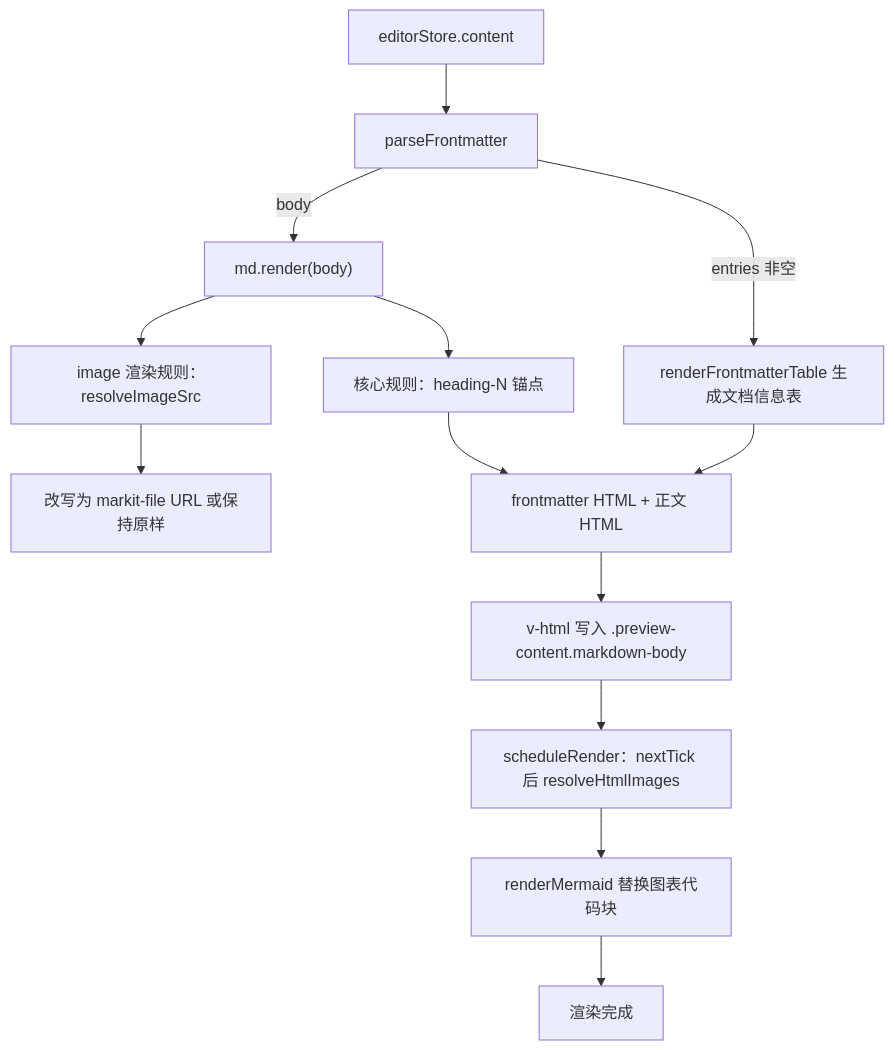
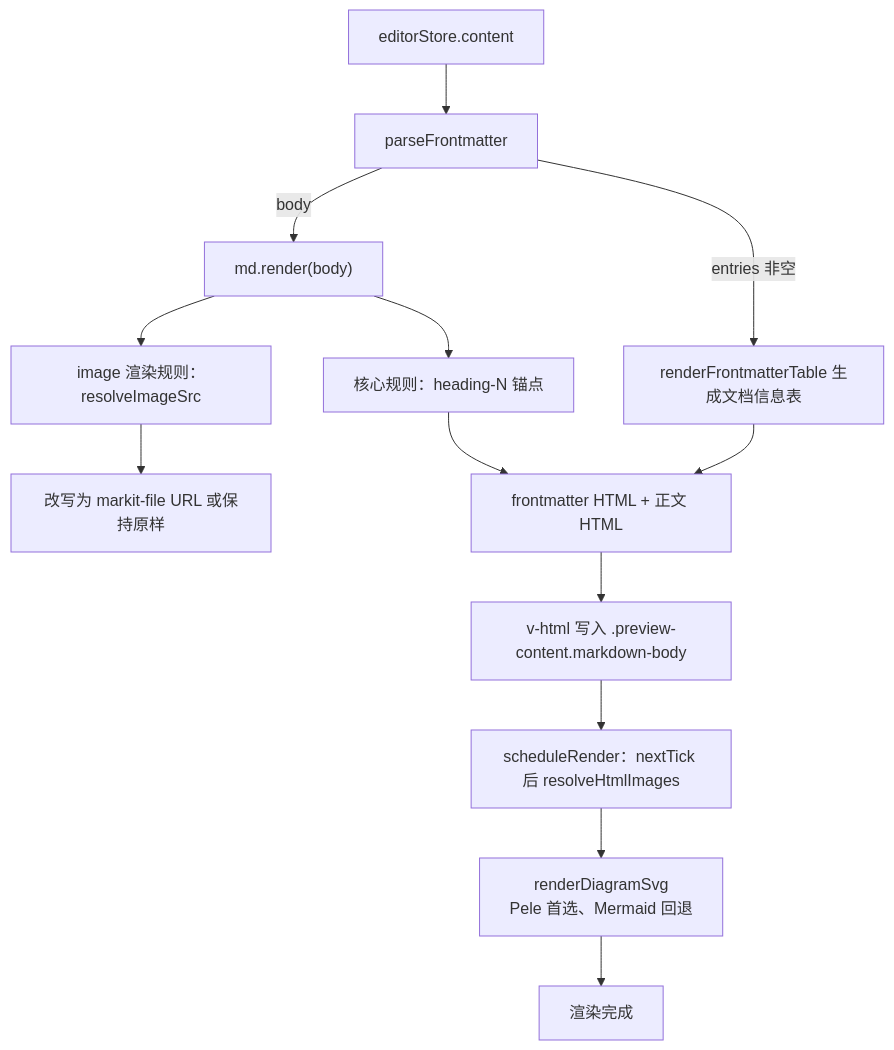
One commit to Harley-xk/mark-it changed the fourth of 5 diagrams in docs/编辑器与预览.md. Above: the diagram before and after it, drawn with Mermaid. The commit also changed other lines of this file and 22 other files, not shown here.

Commit message:
feat(preview): 统一图表渲染并修复主题切换重绘

````diff
--- a/docs/编辑器与预览.md
+++ b/docs/编辑器与预览.md
@@ -379,15 +379,15 @@
 ```mermaid
 flowchart TD
   C["editorStore.content"] --> PF["parseFrontmatter"]
   PF -->|"entries 非空"| FT["renderFrontmatterTable 生成文档信息表"]
   PF -->|"body"| MD["md.render(body)"]
   MD --> IMG["image 渲染规则：resolveImageSrc"]
   IMG --> MF["改写为 markit-file URL 或保持原样"]
   MD --> HA["核心规则：heading-N 锚点"]
   FT --> OUT["frontmatter HTML + 正文 HTML"]
   HA --> OUT
   OUT --> VH["v-html 写入 .preview-content.markdown-body"]
   VH --> RI["scheduleRender：nextTick 后 resolveHtmlImages"]
-  RI --> MM["renderMermaid 替换图表代码块"]
+  RI --> MM["renderDiagramSvg<br/>Pele 首选、Mermaid 回退"]
   MM --> FIN["渲染完成"]
 ```
````
